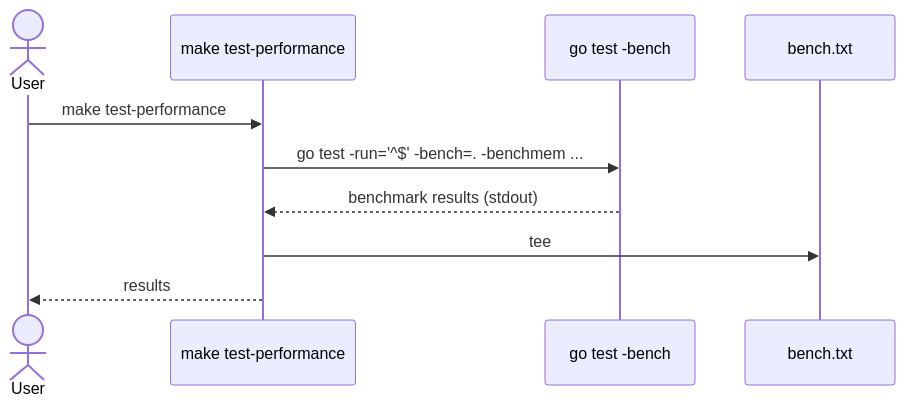
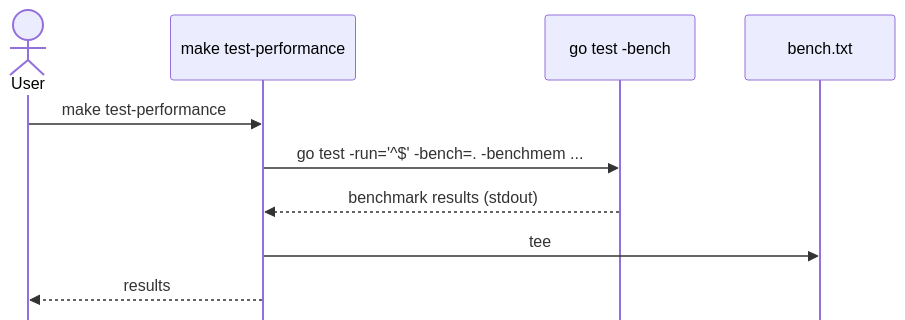
One commit to cloudoperators/rootstock changed the first of 2 diagrams in docs/testing/performance-testing.md. Above: the diagram before and after it, drawn with Mermaid. The commit also changed other lines of this file and 1 other file, not shown here.

````diff
--- a/docs/testing/performance-testing.md
+++ b/docs/testing/performance-testing.md
@@ -95,13 +97,14 @@
 ```mermaid
+%%{init: {'sequence': {'mirrorActors': false}}}%%
 sequenceDiagram
     actor User
     participant Make as make test-performance
     participant GoTest as go test -bench
     participant Out as bench.txt
 
     User->>Make: make test-performance
     Make->>GoTest: go test -run='^$' -bench=. -benchmem ...
     GoTest-->>Make: benchmark results (stdout)
     Make->>Out: tee
     Make-->>User: results
 ```
````
